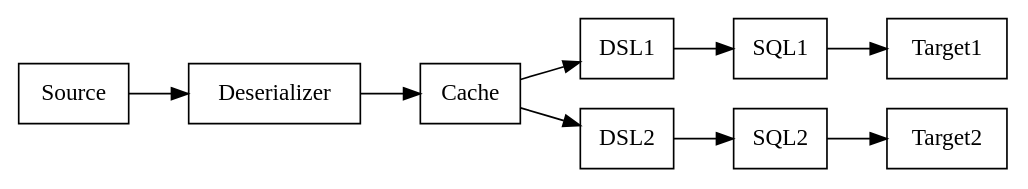
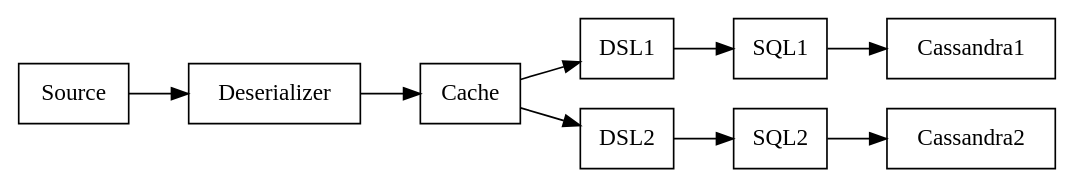
The second of 2 diagrams in docs/images.org (music-of-the-ainur/almaren-framework), drawn with Graphviz before and after one commit. The commit also changed 2 other files, not shown here.

Commit message:
improved example

```diff
--- a/docs/images.org
+++ b/docs/images.org
@@ -12,8 +12,8 @@
 #+BEGIN_SRC dot :file images/example2.png :cmdline -Kdot -Tpng
   digraph G{
       rankdir=LR node [shape=box, color=black]
       Source -> Deserializer -> Cache
-      Cache -> DSL1 -> SQL1 -> Target1
-      Cache -> DSL2 -> SQL2 -> Target2
+      Cache -> DSL1 -> SQL1 -> Cassandra1
+      Cache -> DSL2 -> SQL2 -> Cassandra2
   } 
 #+END_SRC
```
